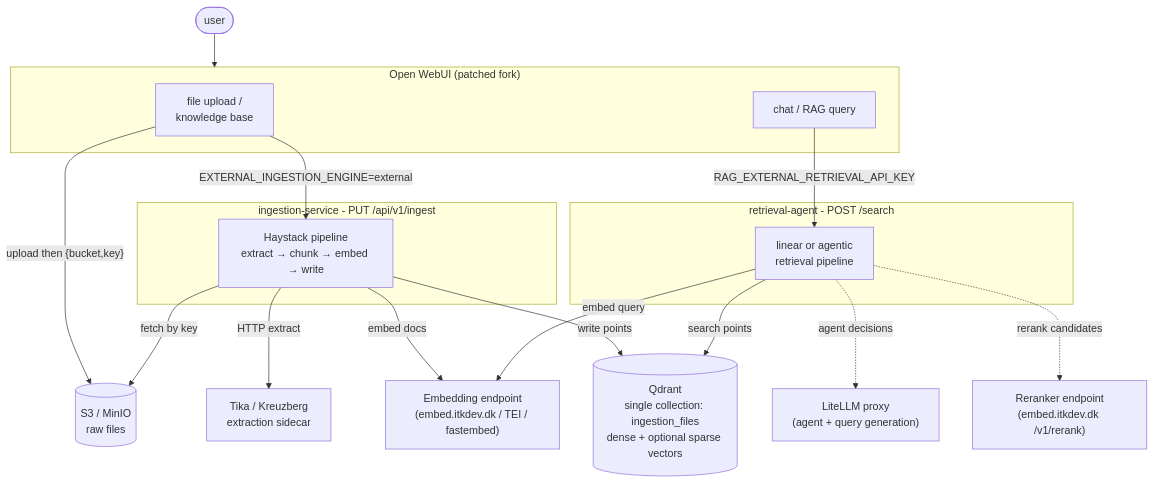
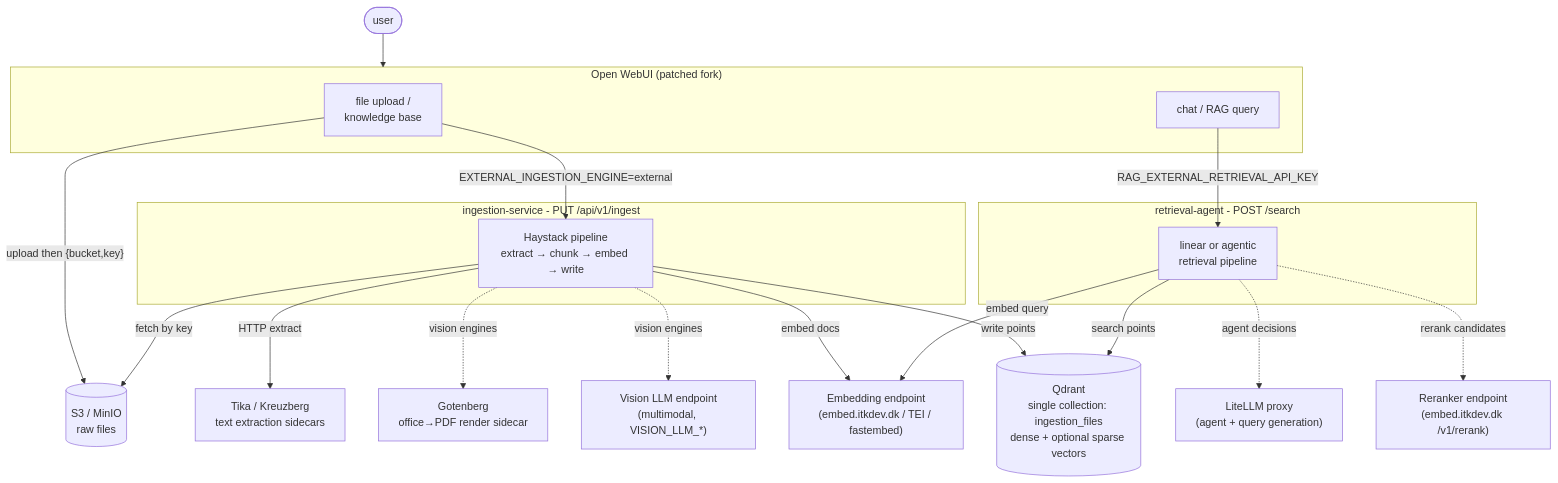
Before and after one commit to AarhusAI/documentation: the first of 5 diagrams in technical/rag.md, drawn with Mermaid. The commit also changed other lines of this file, not shown here.

Commit message:
Added information about llm-vision in RAG docs

````diff
--- a/technical/rag.md
+++ b/technical/rag.md
@@ -54,39 +56,43 @@
 ```mermaid
 flowchart TB
   user([user])
 
   subgraph owb["Open WebUI (patched fork)"]
     upload["file upload /<br/>knowledge base"]
     chat["chat / RAG query"]
   end
 
   subgraph ingest_box["ingestion-service - PUT /api/v1/ingest"]
     ING["Haystack pipeline<br/>extract → chunk → embed → write"]
   end
 
   subgraph retrieve_box["retrieval-agent - POST /search"]
     RET["linear or agentic<br/>retrieval pipeline"]
   end
 
   S3[("S3 / MinIO<br/>raw files")]
-  SIDE["Tika / Kreuzberg<br/>extraction sidecar"]
+  SIDE["Tika / Kreuzberg<br/>text extraction sidecars"]
+  GOT["Gotenberg<br/>office→PDF render sidecar"]
+  VLM["Vision LLM endpoint<br/>(multimodal, VISION_LLM_*)"]
   EMB["Embedding endpoint<br/>(embed.itkdev.dk / TEI / fastembed)"]
   LLM["LiteLLM proxy<br/>(agent + query generation)"]
   RRK["Reranker endpoint<br/>(embed.itkdev.dk /v1/rerank)"]
   QD[("Qdrant<br/>single collection: ingestion_files<br/>dense + optional sparse vectors")]
 
   user --> owb
   upload -->|"upload then {bucket,key}"| S3
   upload -->|"EXTERNAL_INGESTION_ENGINE=external"| ING
   chat -->|"RAG_EXTERNAL_RETRIEVAL_API_KEY"| RET
 
   ING -->|fetch by key| S3
   ING -->|HTTP extract| SIDE
+  ING -.vision engines.-> GOT
+  ING -.vision engines.-> VLM
   ING -->|embed docs| EMB
   ING -->|write points| QD
 
   RET -->|embed query| EMB
   RET -.->|agent decisions| LLM
   RET -.->|rerank candidates| RRK
   RET -->|search points| QD
 ```
````
